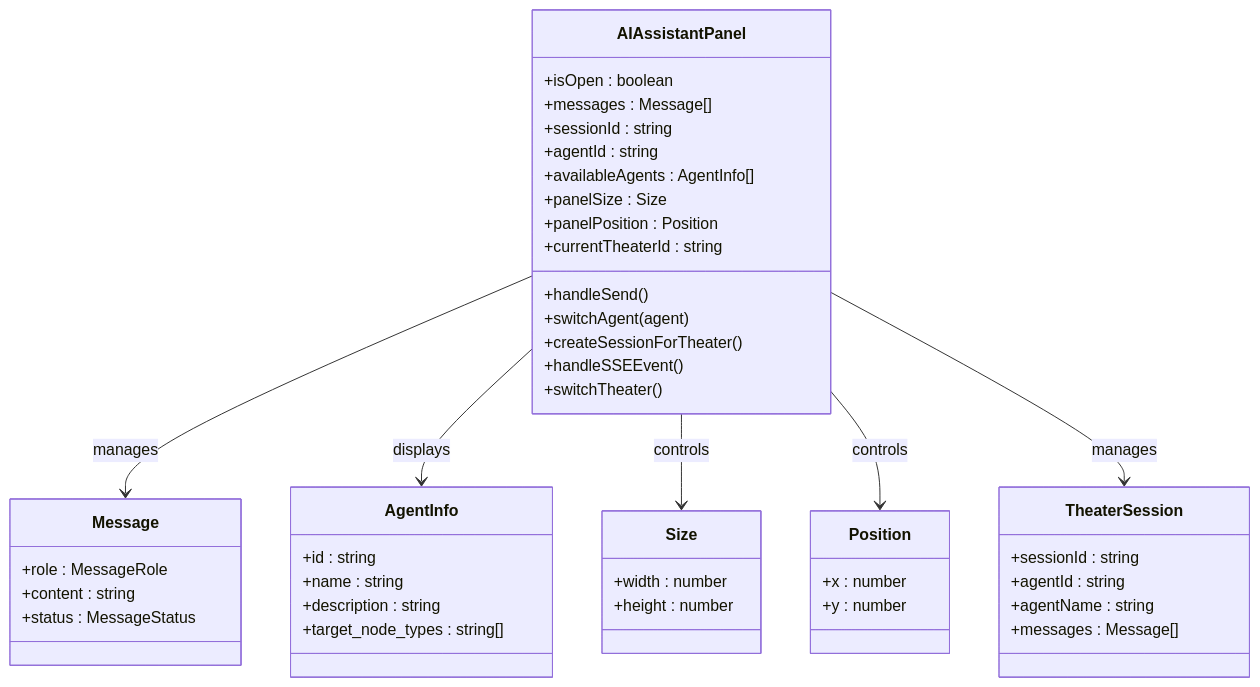
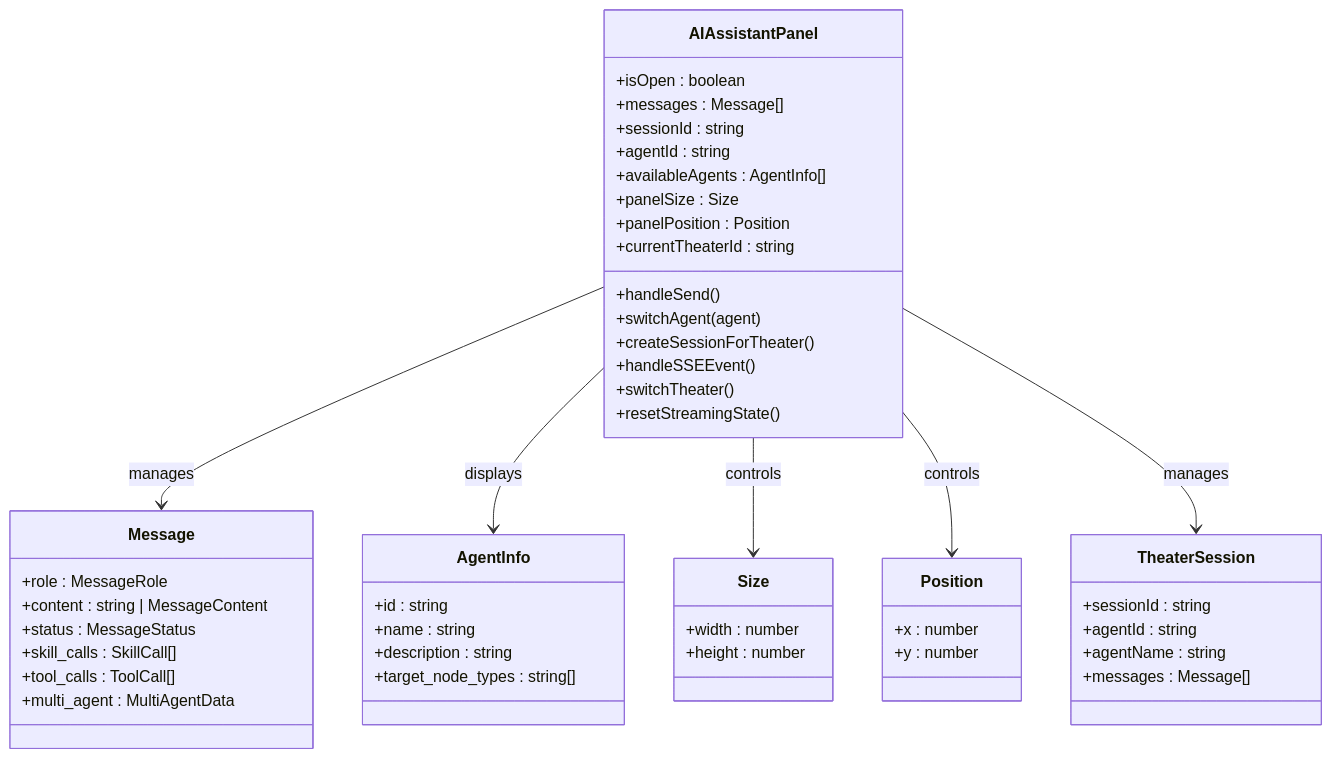
One commit to KunLabAI/KunFlix changed the second of 14 diagrams in .qoder/repowiki/zh/content/前端开发指南/AI助手面板增强.md. Above: the diagram before and after it, drawn with Mermaid. The commit also changed other lines of this file and 29 other files, not shown here.

````diff
--- a/.qoder/repowiki/zh/content/前端开发指南/AI助手面板增强.md
+++ b/.qoder/repowiki/zh/content/前端开发指南/AI助手面板增强.md
@@ -101,48 +109,52 @@
 ```mermaid
 classDiagram
 class AIAssistantPanel {
 +isOpen : boolean
 +messages : Message[]
 +sessionId : string
 +agentId : string
 +availableAgents : AgentInfo[]
 +panelSize : Size
 +panelPosition : Position
 +currentTheaterId : string
 +handleSend()
 +switchAgent(agent)
 +createSessionForTheater()
 +handleSSEEvent()
 +switchTheater()
++resetStreamingState()
 }
 class Message {
 +role : MessageRole
-+content : string
++content : string | MessageContent
 +status : MessageStatus
++skill_calls : SkillCall[]
++tool_calls : ToolCall[]
++multi_agent : MultiAgentData
 }
 class AgentInfo {
 +id : string
 +name : string
 +description : string
 +target_node_types : string[]
 }
 class Size {
 +width : number
 +height : number
 }
 class Position {
 +x : number
 +y : number
 }
 class TheaterSession {
 +sessionId : string
 +agentId : string
 +agentName : string
 +messages : Message[]
 }
 AIAssistantPanel --> Message : manages
 AIAssistantPanel --> AgentInfo : displays
 AIAssistantPanel --> Size : controls
 AIAssistantPanel --> Position : controls
 AIAssistantPanel --> TheaterSession : manages
 ```
````
